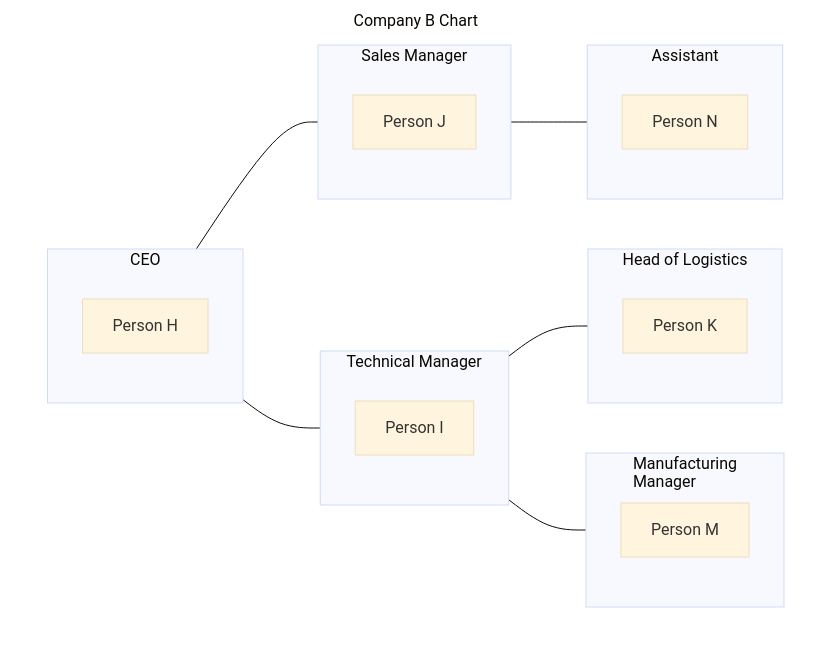
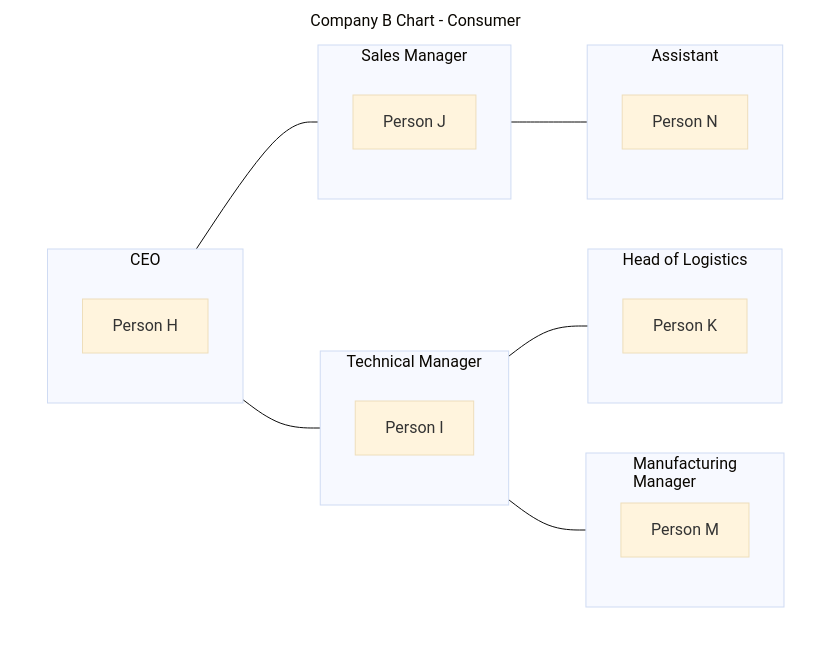
One commit to xeylou/testade.xeylou.fr changed the eighth of 9 diagrams in content/posts/itop-walkthrough/index.md. Above: the diagram before and after it, drawn with Mermaid (base theme). The commit also changed other lines of this file and 3 other files, not shown here.

```diff
--- a/content/posts/itop-walkthrough/index.md
+++ b/content/posts/itop-walkthrough/index.md
@@ -301,31 +307,31 @@
 {{< mermaid >}}
 %%{init: {"flowchart": {"htmlLabels": false}} }%%
 flowchart TD
-subgraph z[Company B Chart]
+subgraph z[Company B Chart - Consumer]
 subgraph a[CEO]
 b[Person H]
 end
 subgraph c[Technical Manager]
 d[Person I]
 end
 subgraph e[Sales Manager]
 f[Person J]
 end
 subgraph g[Head of Logistics]
 h[Person K]
 end
 subgraph i["Manufacturing
 Manager"]
 j[Person M]
 end
 subgraph k[Assistant]
 m[Person N]
 end
 end
 a---c
 a---e
 c---g
 c---i
 e---k
 style z fill:#fff,stroke:#fff,stroke-width:4px
 {{< /mermaid >}}
```
